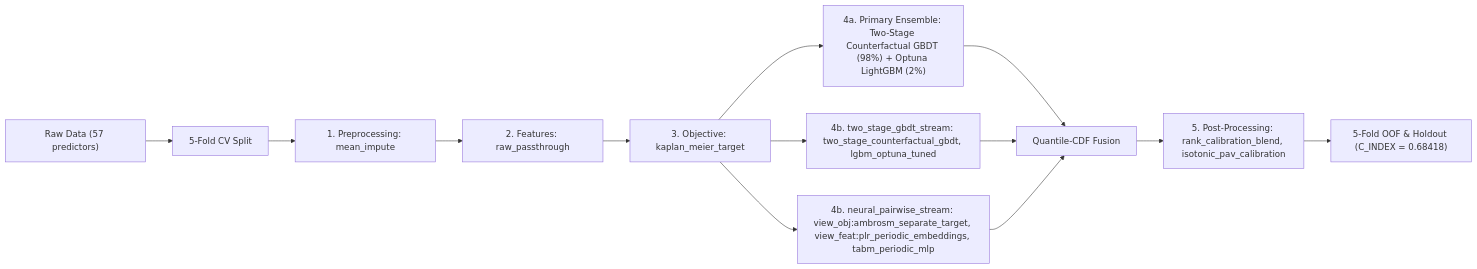
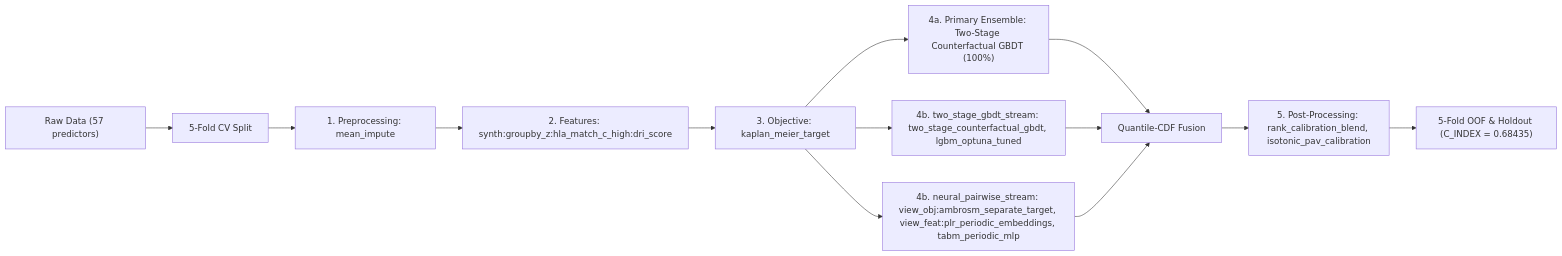
The diagram in README.md (stefanoclss/CIBMTR-Equity-in-Post-HCT-Survival-Predictions), drawn with Mermaid before and after one commit. The commit also changed other lines of this file, not shown here.

First line of the commit message:
docs(readme): refresh verified OOF benchmark & build ledger (C_INDEX=0.68435)

````diff
--- a/README.md
+++ b/README.md
@@ -71,15 +72,15 @@
 ```mermaid
 flowchart LR
     DATA["Raw Data (57 predictors)"] --> SPLIT["5-Fold CV Split"]
     SPLIT --> PRE["1. Preprocessing: mean_impute"]
-    PRE --> FEAT["2. Features: raw_passthrough"]
+    PRE --> FEAT["2. Features: synth:groupby_z:hla_match_c_high:dri_score"]
     FEAT --> OBJ["3. Objective: kaplan_meier_target"]
-    OBJ --> M0["4a. Primary Ensemble: Two-Stage Counterfactual GBDT (98%) + Optuna LightGBM (2%)"]
+    OBJ --> M0["4a. Primary Ensemble: Two-Stage Counterfactual GBDT (100%)"]
     M0 --> FUSE["Quantile-CDF Fusion"]
     OBJ --> S1["4b. two_stage_gbdt_stream: two_stage_counterfactual_gbdt, lgbm_optuna_tuned"]
     S1 --> FUSE
     OBJ --> S2["4b. neural_pairwise_stream: view_obj:ambrosm_separate_target, view_feat:plr_periodic_embeddings, tabm_periodic_mlp"]
     S2 --> FUSE
     FUSE --> POST["5. Post-Processing: rank_calibration_blend, isotonic_pav_calibration"]
-    POST --> OUT["5-Fold OOF & Holdout (C_INDEX = 0.68418)"]
+    POST --> OUT["5-Fold OOF & Holdout (C_INDEX = 0.68435)"]
 ```
````
